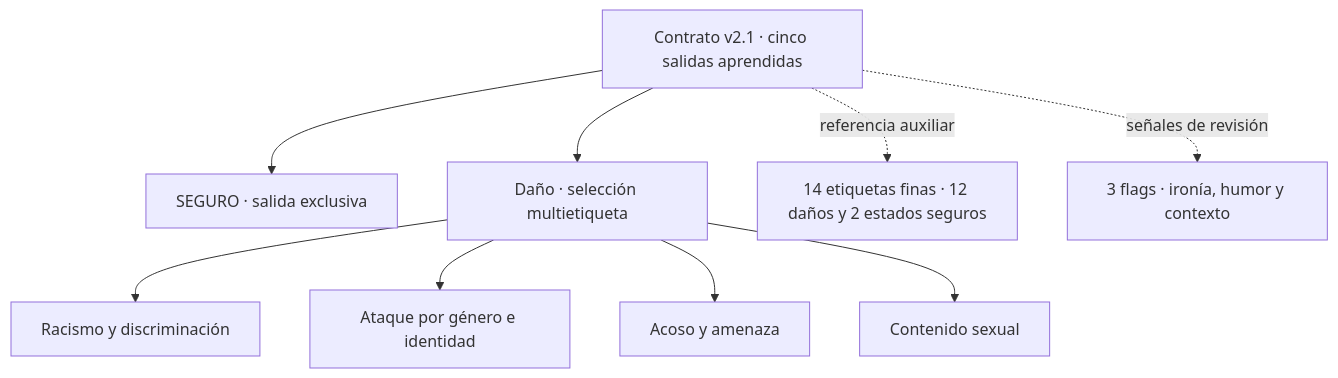
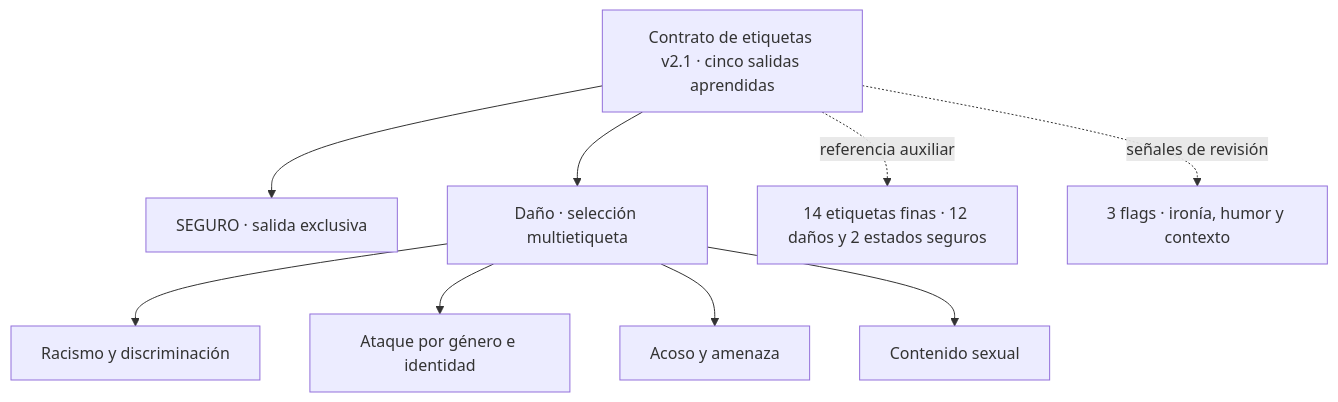
The second of 2 diagrams in README.md (lkoc/Trabajo_PLN-MIA-Grupo4), drawn with Mermaid before and after one commit. The commit also changed other lines of this file and 104 other files, not shown here.

````diff
--- a/README.md
+++ b/README.md
@@ -55,11 +55,11 @@
 ```mermaid
 flowchart TB
-    T[Contrato v2.1 · cinco salidas aprendidas] --> S[SEGURO · salida exclusiva]
+    T[Contrato de etiquetas v2.1 · cinco salidas aprendidas] --> S[SEGURO · salida exclusiva]
     T --> D[Daño · selección multietiqueta]
     D --> R[Racismo y discriminación]
     D --> G[Ataque por género e identidad]
     D --> A[Acoso y amenaza]
     D --> X[Contenido sexual]
     T -. referencia auxiliar .-> F[14 etiquetas finas · 12 daños y 2 estados seguros]
     T -. señales de revisión .-> Z[3 flags · ironía, humor y contexto]
 ```
````
